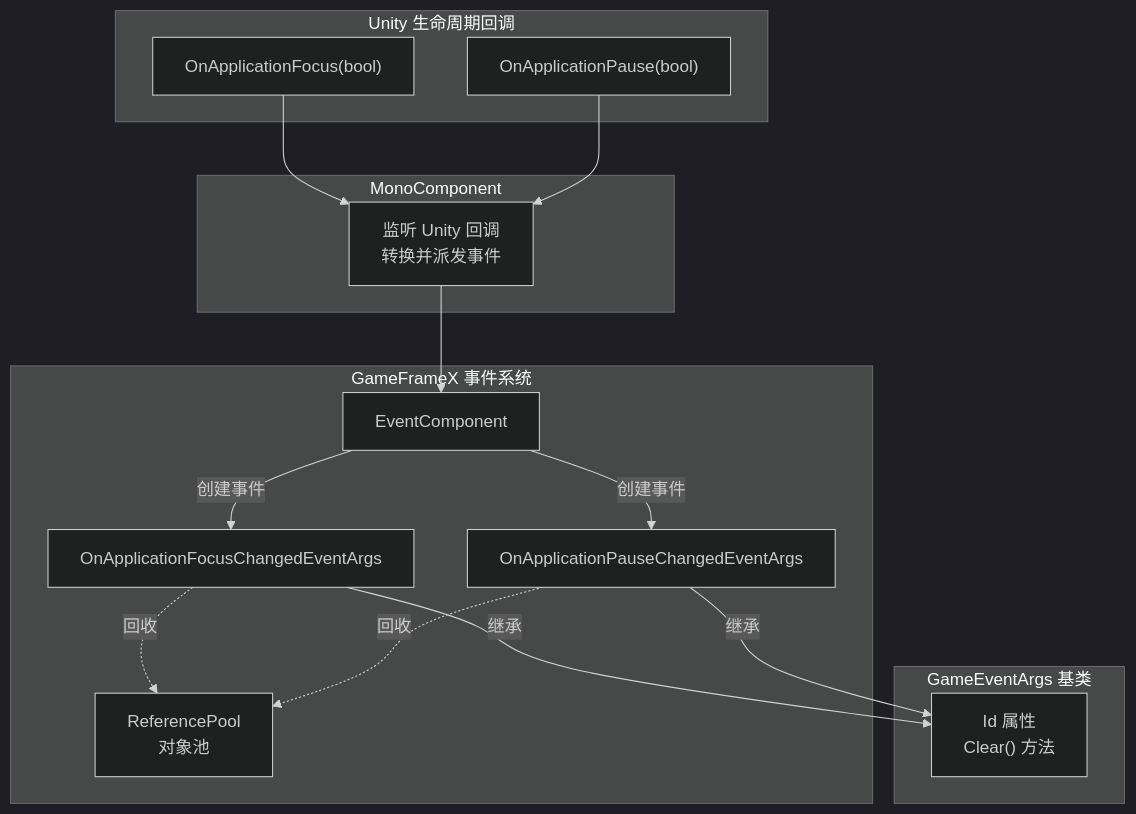
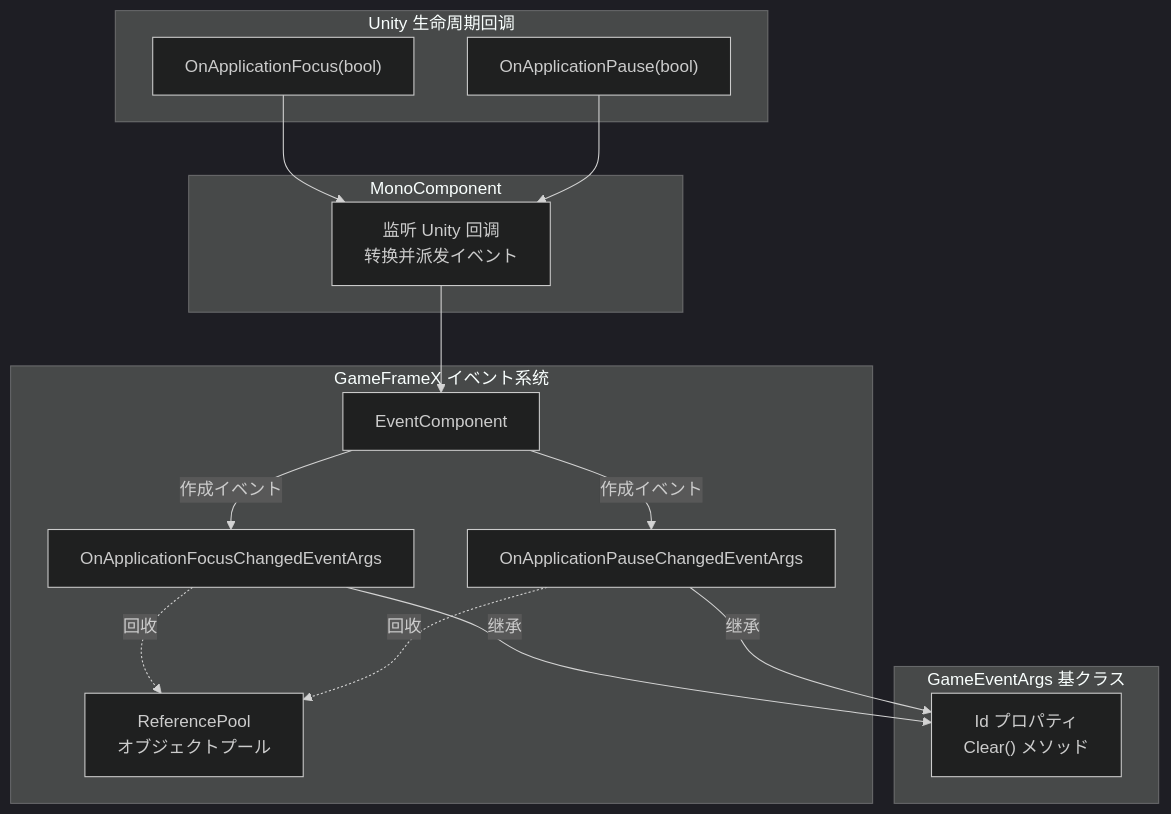
Before and after one commit to AlianBlank/GameFrameX.Docs: the first of 2 diagrams in docs/ja/client/unity/component/mono/04.event-types.md, drawn with Mermaid (dark theme). The commit also changed other lines of this file and 603 other files, not shown here.

````diff
--- a/docs/ja/client/unity/component/mono/04.event-types.md
+++ b/docs/ja/client/unity/component/mono/04.event-types.md
@@ -18,32 +18,32 @@
 ```mermaid
 graph TD
     subgraph Unity["Unity 生命周期回调"]
         UnityFocus["OnApplicationFocus(bool)"]
         UnityPause["OnApplicationPause(bool)"]
     end
 
     subgraph MonoComponent["MonoComponent"]
-        MC["监听 Unity 回调<br/>转换并派发事件"]
+        MC["监听 Unity 回调<br/>转换并派发イベント"]
     end
 
-    subgraph EventSystem["GameFrameX 事件系统"]
+    subgraph EventSystem["GameFrameX イベント系统"]
         EventComp["EventComponent"]
         EventArgs1["OnApplicationFocusChangedEventArgs"]
         EventArgs2["OnApplicationPauseChangedEventArgs"]
-        Pool["ReferencePool<br/>对象池"]
+        Pool["ReferencePool<br/>オブジェクトプール"]
     end
 
-    subgraph GameEventArgs["GameEventArgs 基类"]
-        GE["Id 属性<br/>Clear() 方法"]
+    subgraph GameEventArgs["GameEventArgs 基クラス"]
+        GE["Id プロパティ<br/>Clear() メソッド"]
     end
 
     UnityFocus --> MC
     UnityPause --> MC
     MC --> EventComp
-    EventComp -->|创建事件| EventArgs1
-    EventComp -->|创建事件| EventArgs2
+    EventComp -->|作成イベント| EventArgs1
+    EventComp -->|作成イベント| EventArgs2
     EventArgs1 -->|继承| GE
     EventArgs2 -->|继承| GE
     EventArgs1 -.->|回收| Pool
     EventArgs2 -.->|回收| Pool
 ```
````
